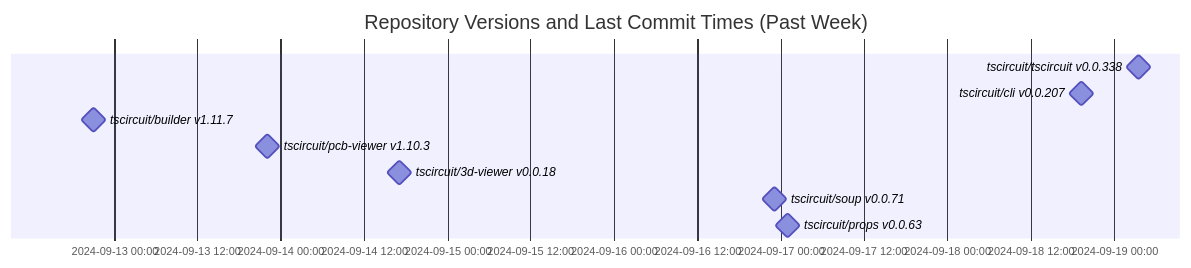
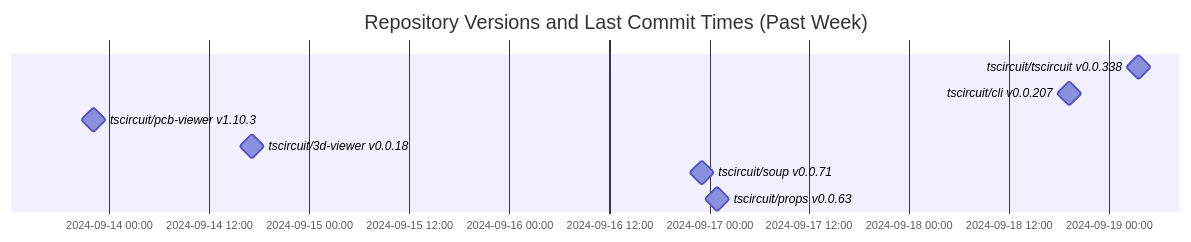
Before and after one commit to tscircuit/version-tracker: the diagram in README.md, drawn with Mermaid.

Commit message:
Update chart

````diff
--- a/README.md
+++ b/README.md
@@ -1,14 +1,13 @@
 ```mermaid
 gantt
   dateFormat  YYYY-MM-DD HH:mm:ss
   title Repository Versions and Last Commit Times (Past Week)
   axisFormat %Y-%m-%d %H:%M
 
   tscircuit/tscircuit v0.0.338 : milestone, 2024-09-19 03:33:35, 1s
   tscircuit/cli v0.0.207 : milestone, 2024-09-18 19:15:13, 1s
-  tscircuit/builder v1.11.7 : milestone, 2024-09-12 21:03:51, 1s
   tscircuit/pcb-viewer v1.10.3 : milestone, 2024-09-13 22:06:50, 1s
   tscircuit/3d-viewer v0.0.18 : milestone, 2024-09-14 17:06:37, 1s
   tscircuit/soup v0.0.71 : milestone, 2024-09-16 23:07:32, 1s
   tscircuit/props v0.0.63 : milestone, 2024-09-17 00:58:09, 1s
 ```
````
